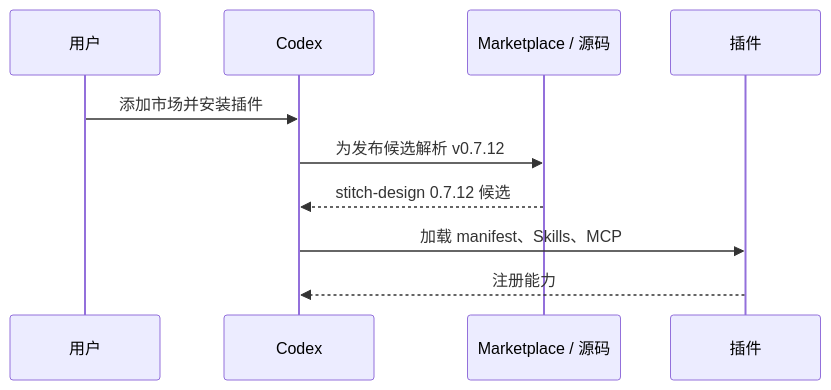
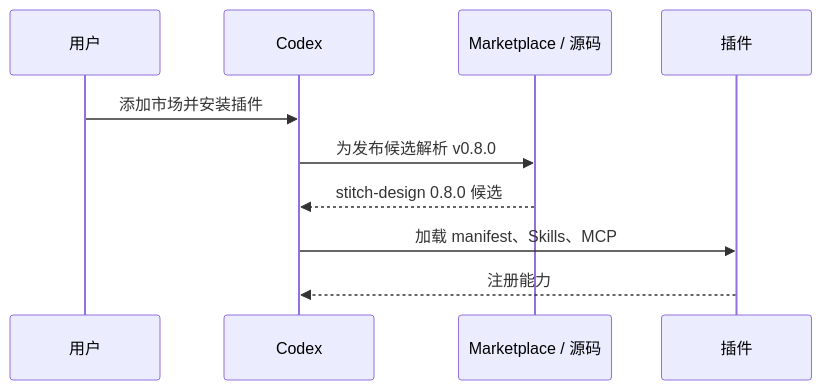
Before and after one commit to full-stack-plugins/stitch-design-plugin: the seventh of 11 diagrams in docs/Stitch-Design-Architecture.zh_CN.md, drawn with Mermaid. The commit also changed other lines of this file and 9 other files, not shown here.

````diff
--- a/docs/Stitch-Design-Architecture.zh_CN.md
+++ b/docs/Stitch-Design-Architecture.zh_CN.md
@@ -173,12 +173,12 @@
 ```mermaid
 sequenceDiagram
     participant U as 用户
     participant C as Codex
     participant M as Marketplace / 源码
     participant P as 插件
     U->>C: 添加市场并安装插件
-    C->>M: 为发布候选解析 v0.7.12
-    M-->>C: stitch-design 0.7.12 候选
+    C->>M: 为发布候选解析 v0.8.0
+    M-->>C: stitch-design 0.8.0 候选
     C->>P: 加载 manifest、Skills、MCP
     P-->>C: 注册能力
 ```
````
